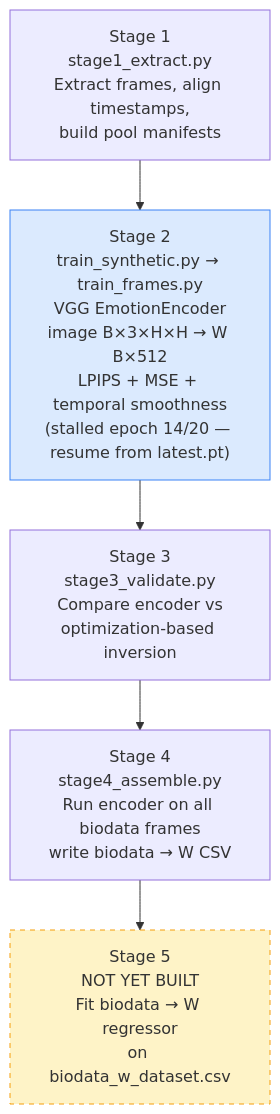
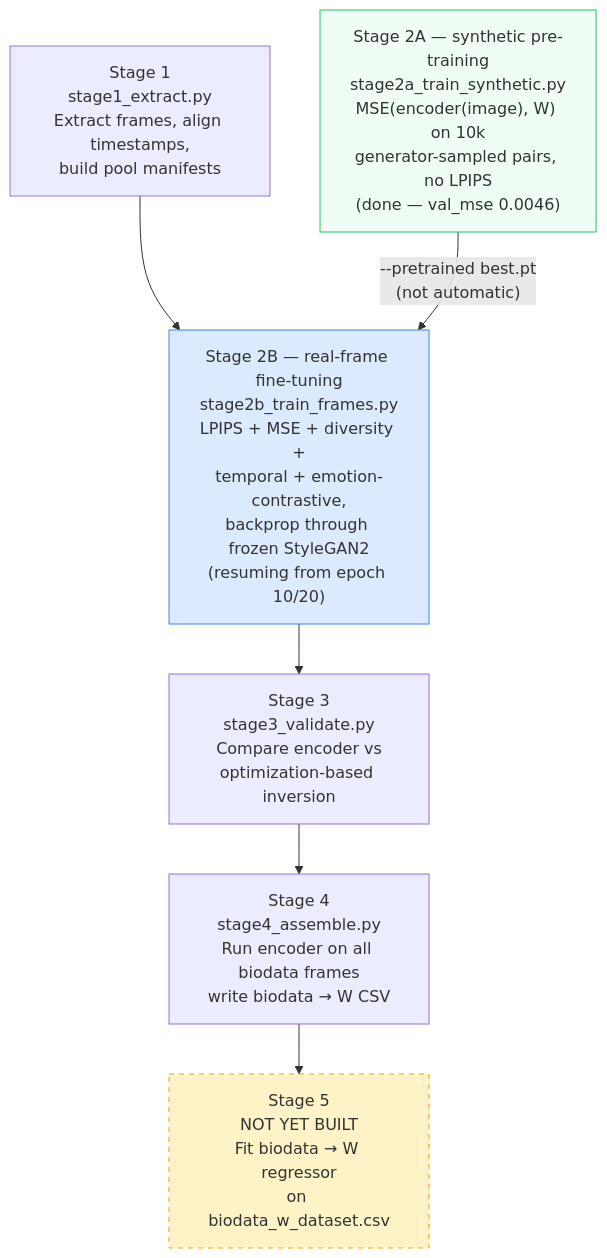
One commit to mXlab/crocodile changed the third of 3 diagrams in pipeline_diagram.md. Above: the diagram before and after it, drawn with Mermaid. The commit also changed other lines of this file and 3 other files, not shown here.

Commit message:
Clarified stage 2A/2B encoder-training split in pipeline docs

````diff
--- a/pipeline_diagram.md
+++ b/pipeline_diagram.md
@@ -162,13 +162,17 @@
 ```mermaid
 flowchart TD
     S1["Stage 1\nstage1_extract.py\nExtract frames, align timestamps,\nbuild pool manifests"]
-    S2["Stage 2\ntrain_synthetic.py → train_frames.py\nVGG EmotionEncoder\nimage B×3×H×H → W B×512\nLPIPS + MSE + temporal smoothness\n(stalled epoch 14/20 — resume from latest.pt)"]
+    S2A["Stage 2A — synthetic pre-training\nstage2a_train_synthetic.py\nMSE(encoder(image), W) on 10k\ngenerator-sampled pairs, no LPIPS\n(done — val_mse 0.0046)"]
+    S2B["Stage 2B — real-frame fine-tuning\nstage2b_train_frames.py\nLPIPS + MSE + diversity +\ntemporal + emotion-contrastive,\nbackprop through frozen StyleGAN2\n(resuming from epoch 10/20)"]
     S3["Stage 3\nstage3_validate.py\nCompare encoder vs\noptimization-based inversion"]
     S4["Stage 4\nstage4_assemble.py\nRun encoder on all biodata frames\nwrite biodata → W CSV"]
     S5["Stage 5\nNOT YET BUILT\nFit biodata → W regressor\non biodata_w_dataset.csv"]
 
-    S1 --> S2 --> S3 --> S4 --> S5
+    S1 --> S2B
+    S2A -->|"--pretrained best.pt\n(not automatic)"| S2B
+    S2B --> S3 --> S4 --> S5
 
-    style S2 fill:#dbeafe,stroke:#3b82f6
+    style S2A fill:#f0fdf4,stroke:#22c55e
+    style S2B fill:#dbeafe,stroke:#3b82f6
     style S5 fill:#fef3c7,stroke:#f59e0b,stroke-dasharray: 5 5
 ```
````
